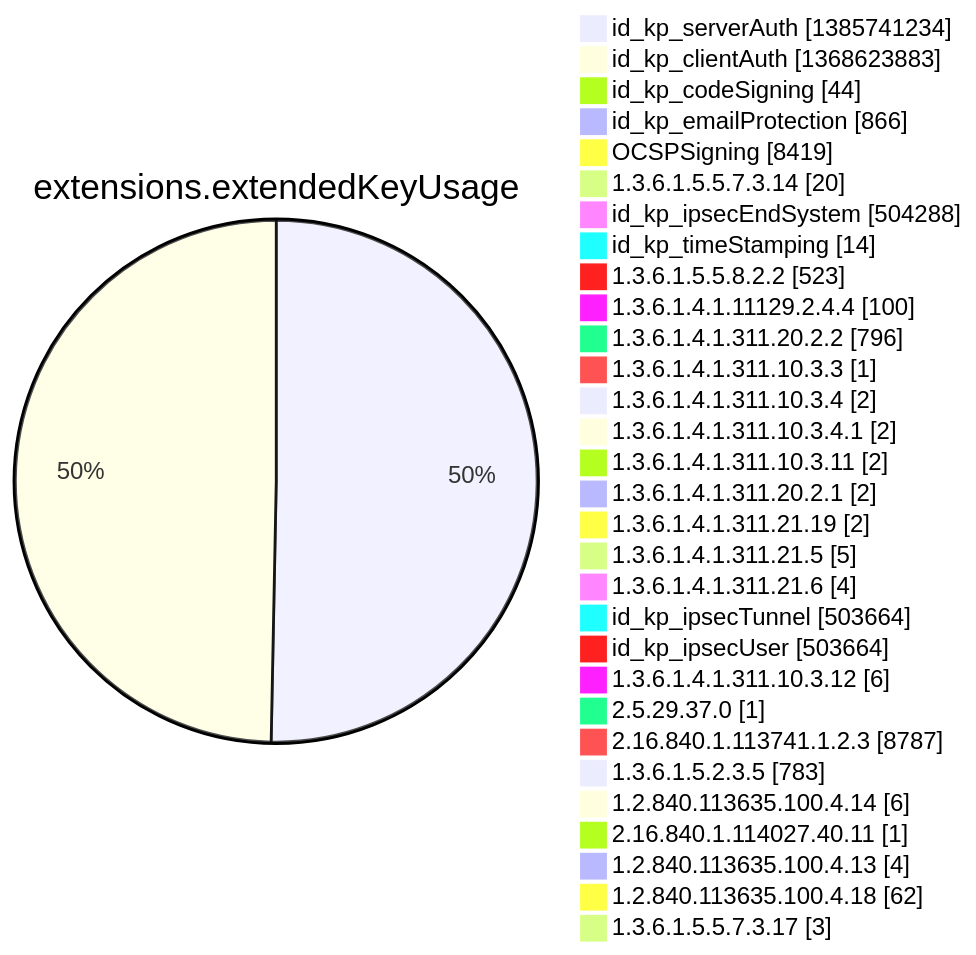
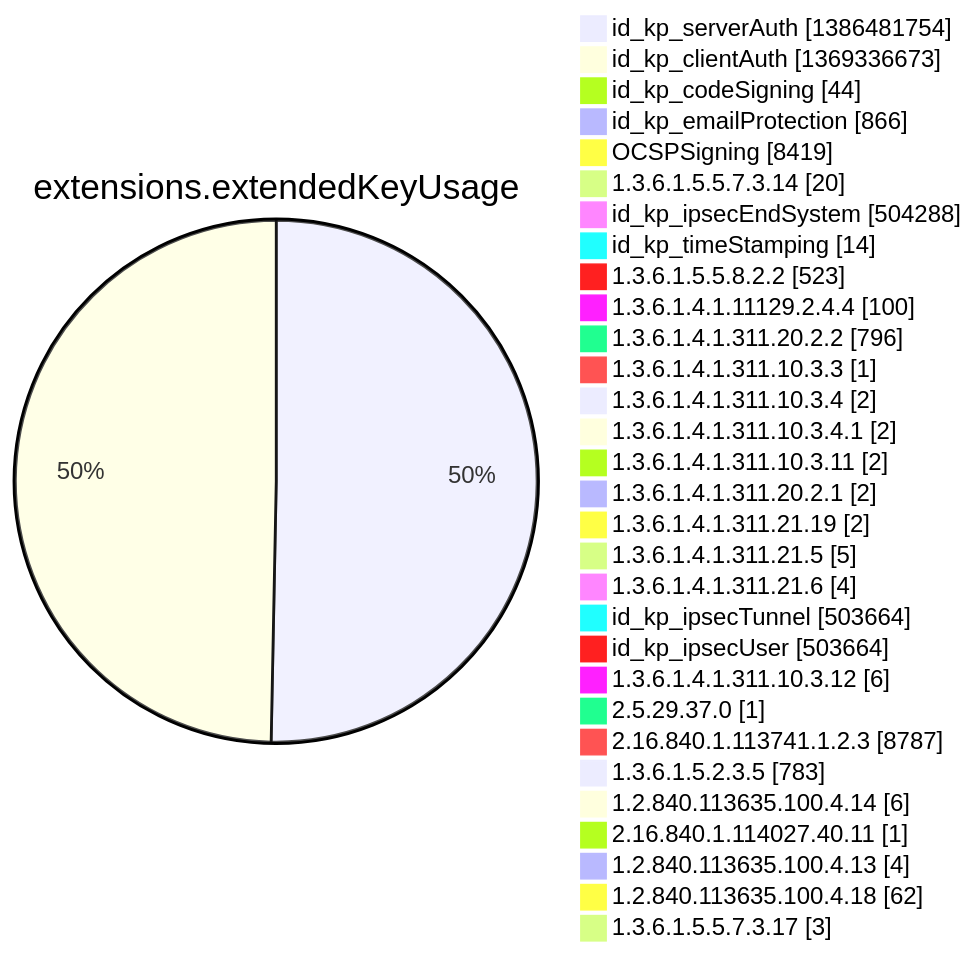
One commit to christiankrug/ctmonitor_visualization changed diagram 12 of 15 in argon2022/README.md. Above: the diagram before and after it, drawn with Mermaid. The commit also changed other lines of this file, not shown here.

````diff
--- a/argon2022/README.md
+++ b/argon2022/README.md
@@ -3554,34 +3554,34 @@
 ```mermaid
 pie showData
 title extensions.extendedKeyUsage
-"id_kp_serverAuth" :1385741234
-"id_kp_clientAuth" :1368623883
+"id_kp_serverAuth" :1386481754
+"id_kp_clientAuth" :1369336673
 "id_kp_codeSigning" :44
 "id_kp_emailProtection" :866
 "OCSPSigning" :8419
 "1.3.6.1.5.5.7.3.14" :20
 "id_kp_ipsecEndSystem" :504288
 "id_kp_timeStamping" :14
 "1.3.6.1.5.5.8.2.2" :523
 "1.3.6.1.4.1.11129.2.4.4" :100
 "1.3.6.1.4.1.311.20.2.2" :796
 "1.3.6.1.4.1.311.10.3.3" :1
 "1.3.6.1.4.1.311.10.3.4" :2
 "1.3.6.1.4.1.311.10.3.4.1" :2
 "1.3.6.1.4.1.311.10.3.11" :2
 "1.3.6.1.4.1.311.20.2.1" :2
 "1.3.6.1.4.1.311.21.19" :2
 "1.3.6.1.4.1.311.21.5" :5
 "1.3.6.1.4.1.311.21.6" :4
 "id_kp_ipsecTunnel" :503664
 "id_kp_ipsecUser" :503664
 "1.3.6.1.4.1.311.10.3.12" :6
 "2.5.29.37.0" :1
 "2.16.840.1.113741.1.2.3" :8787
 "1.3.6.1.5.2.3.5" :783
 "1.2.840.113635.100.4.14" :6
 "2.16.840.1.114027.40.11" :1
 "1.2.840.113635.100.4.13" :4
 "1.2.840.113635.100.4.18" :62
 "1.3.6.1.5.5.7.3.17" :3
 ```
````
